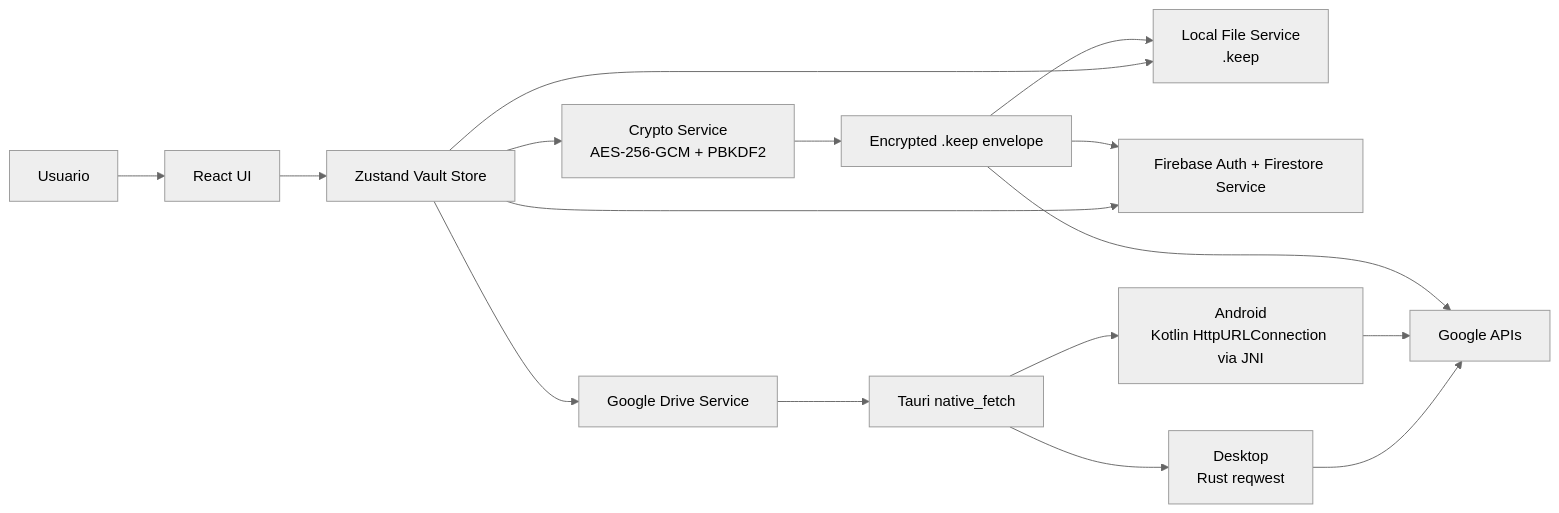
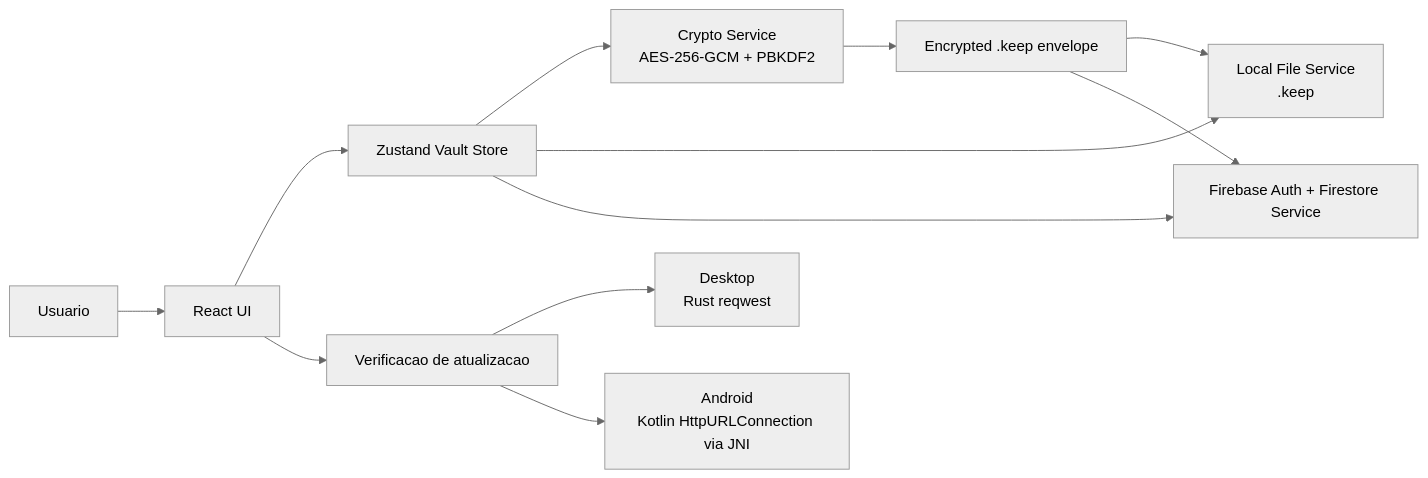
The first of 7 diagrams in README.md (Praesens-tech/passwordKeeper), drawn with Mermaid (neutral theme) before and after one commit. The commit also changed other lines of this file and 55 other files, not shown here.

````diff
--- a/README.md
+++ b/README.md
@@ -90,18 +89,14 @@
 ```mermaid
 flowchart LR
   User[Usuario] --> UI[React UI]
   UI --> Store[Zustand Vault Store]
   Store --> Crypto[Crypto Service<br/>AES-256-GCM + PBKDF2]
   Store --> Local[Local File Service<br/>.keep]
-  Store --> Drive[Google Drive Service]
   Store --> Firebase[Firebase Auth + Firestore Service]
-  Drive --> NativeFetch[Tauri native_fetch]
+  UI --> NativeFetch[Verificacao de atualizacao]
   NativeFetch --> Desktop[Desktop<br/>Rust reqwest]
   NativeFetch --> Android[Android<br/>Kotlin HttpURLConnection via JNI]
-  Desktop --> Google[Google APIs]
-  Android --> Google
   Crypto --> Encrypted[Encrypted .keep envelope]
   Encrypted --> Local
-  Encrypted --> Google
   Encrypted --> Firebase
 ```
````
